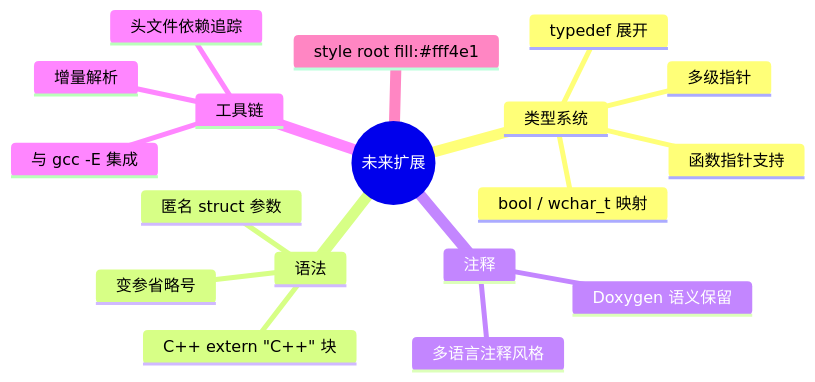
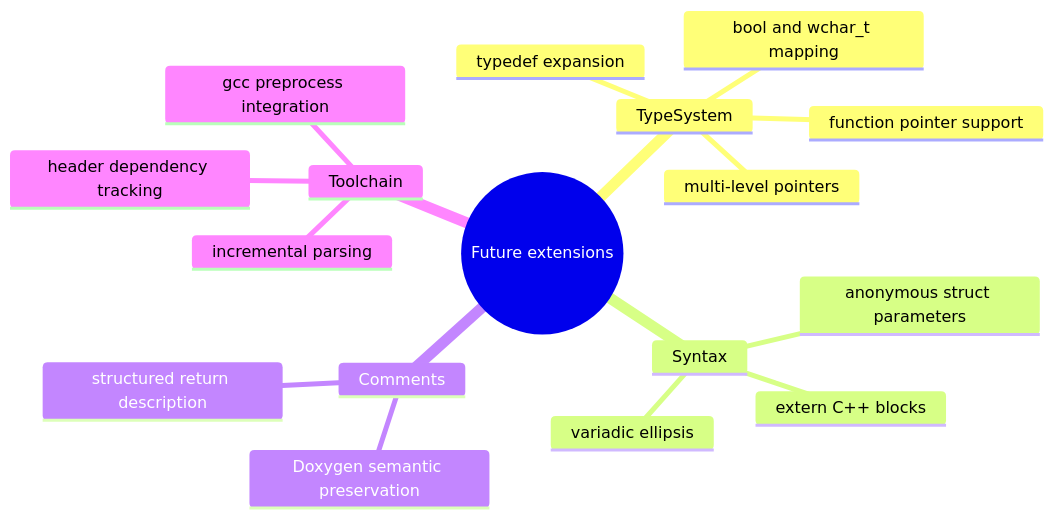
The fifth of 6 diagrams in source/C_Declaration_Parser_Work_Summary.md (PassByYou888/zNetV2), drawn with Mermaid before and after one commit. The commit also changed other lines of this file and 8 other files, not shown here.

````diff
--- a/source/C_Declaration_Parser_Work_Summary.md
+++ b/source/C_Declaration_Parser_Work_Summary.md
@@ -781,22 +898,20 @@
 ```mermaid
 mindmap
-  root(("未来扩展"))
-    类型系统
-      bool / wchar_t 映射
-      多级指针
-      函数指针支持
-      typedef 展开
-    语法
-      变参省略号
-      C++ extern "C++" 块
-      匿名 struct 参数
-    注释
-      Doxygen 语义保留
-      多语言注释风格
-    工具链
-      与 gcc -E 集成
-      增量解析
-      头文件依赖追踪
-
-    style root fill:#fff4e1
+  root(("Future extensions"))
+    TypeSystem
+      bool and wchar_t mapping
+      multi-level pointers
+      function pointer support
+      typedef expansion
+    Syntax
+      variadic ellipsis
+      extern C++ blocks
+      anonymous struct parameters
+    Comments
+      Doxygen semantic preservation
+      structured return description
+    Toolchain
+      gcc preprocess integration
+      incremental parsing
+      header dependency tracking
 ```
````
